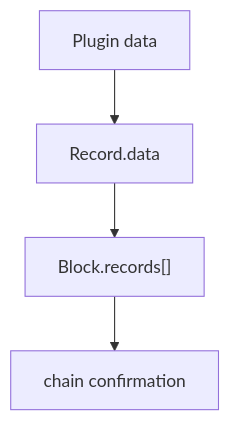
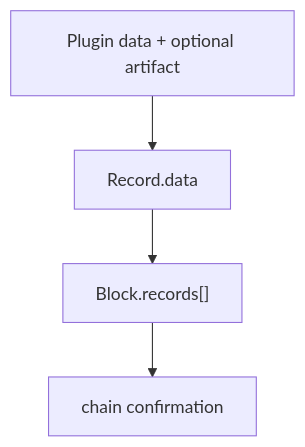
The second of 2 diagrams in docs/plugin.md (labourchain/core-plugins), drawn with Mermaid before and after one commit. The commit also changed other lines of this file and 13 other files, not shown here.

Commit message:
feat: embed small Plugin artifacts in chain data

````diff
--- a/docs/plugin.md
+++ b/docs/plugin.md
@@ -273,7 +350,7 @@
 ```mermaid
 flowchart TB
-    P["Plugin data"]
+    P["Plugin data + optional artifact"]
     P --> R["Record.data"]
     R --> B["Block.records[]"]
     B --> C["chain confirmation"]
 ```
````
